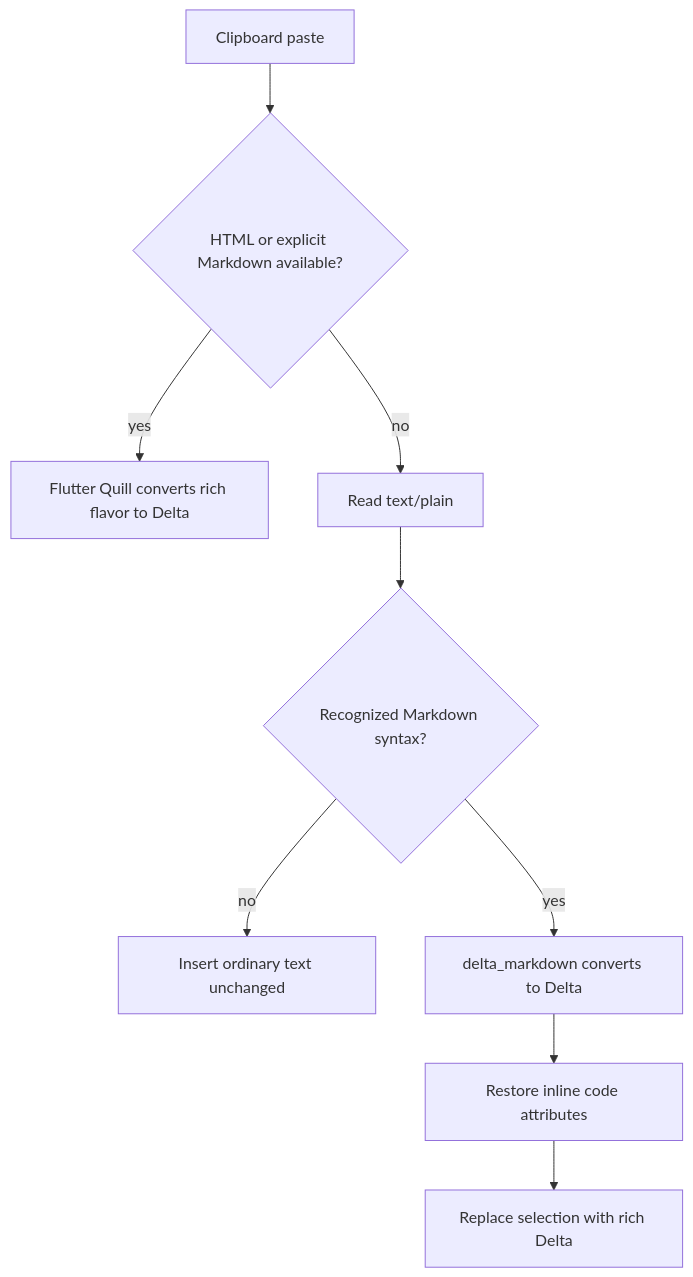
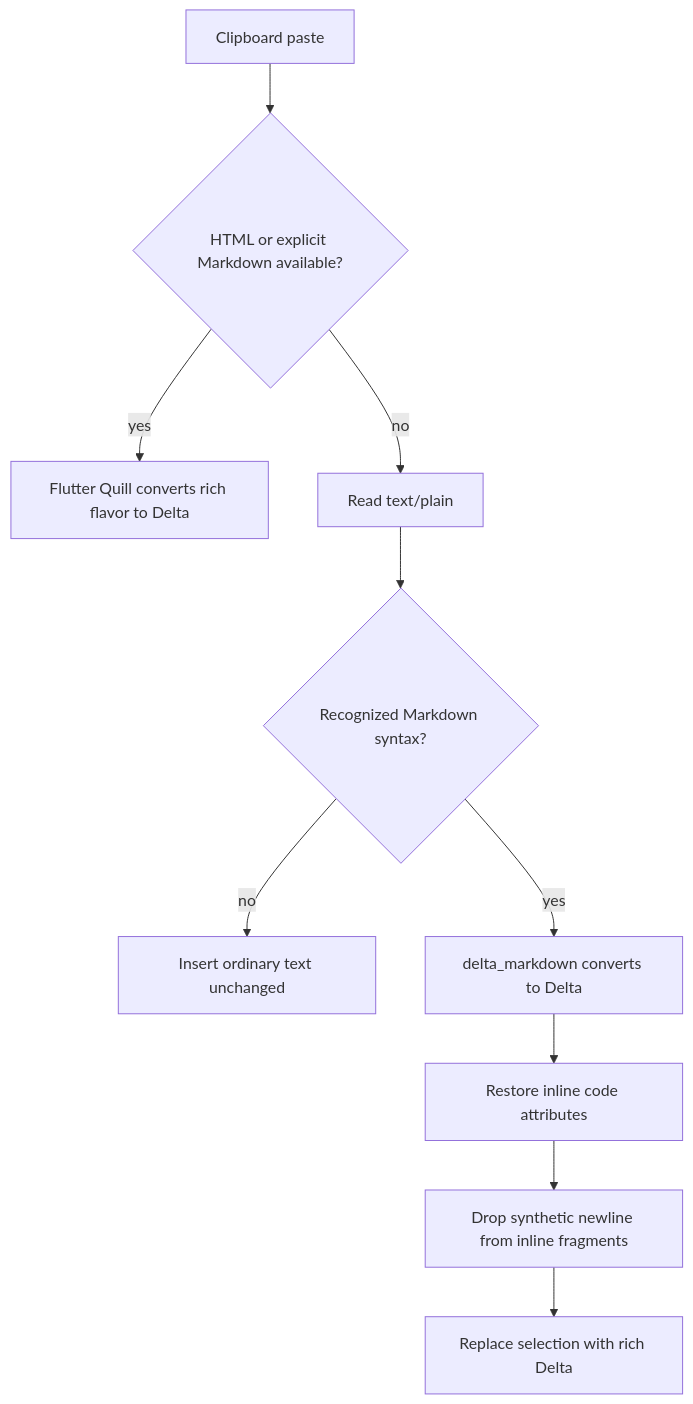
Before and after one commit to matthiasn/lotti: the first of 5 diagrams in knowledge/features/journal/detail-and-saving.md, drawn with Mermaid. The commit also changed other lines of this file and 2 other files, not shown here.

Commit message:
fix: preserve inline Markdown paste content

````diff
--- a/knowledge/features/journal/detail-and-saving.md
+++ b/knowledge/features/journal/detail-and-saving.md
@@ -46,11 +46,12 @@
 ```mermaid
 flowchart TD
   Paste[Clipboard paste] --> HTML{HTML or explicit Markdown available?}
   HTML -->|yes| Quill[Flutter Quill converts rich flavor to Delta]
   HTML -->|no| Plain[Read text/plain]
   Plain --> Detect{Recognized Markdown syntax?}
   Detect -->|no| Verbatim[Insert ordinary text unchanged]
   Detect -->|yes| Convert[delta_markdown converts to Delta]
   Convert --> Code[Restore inline code attributes]
-  Code --> Insert[Replace selection with rich Delta]
+  Code --> Fragment[Drop synthetic newline from inline fragments]
+  Fragment --> Insert[Replace selection with rich Delta]
 ```
````
